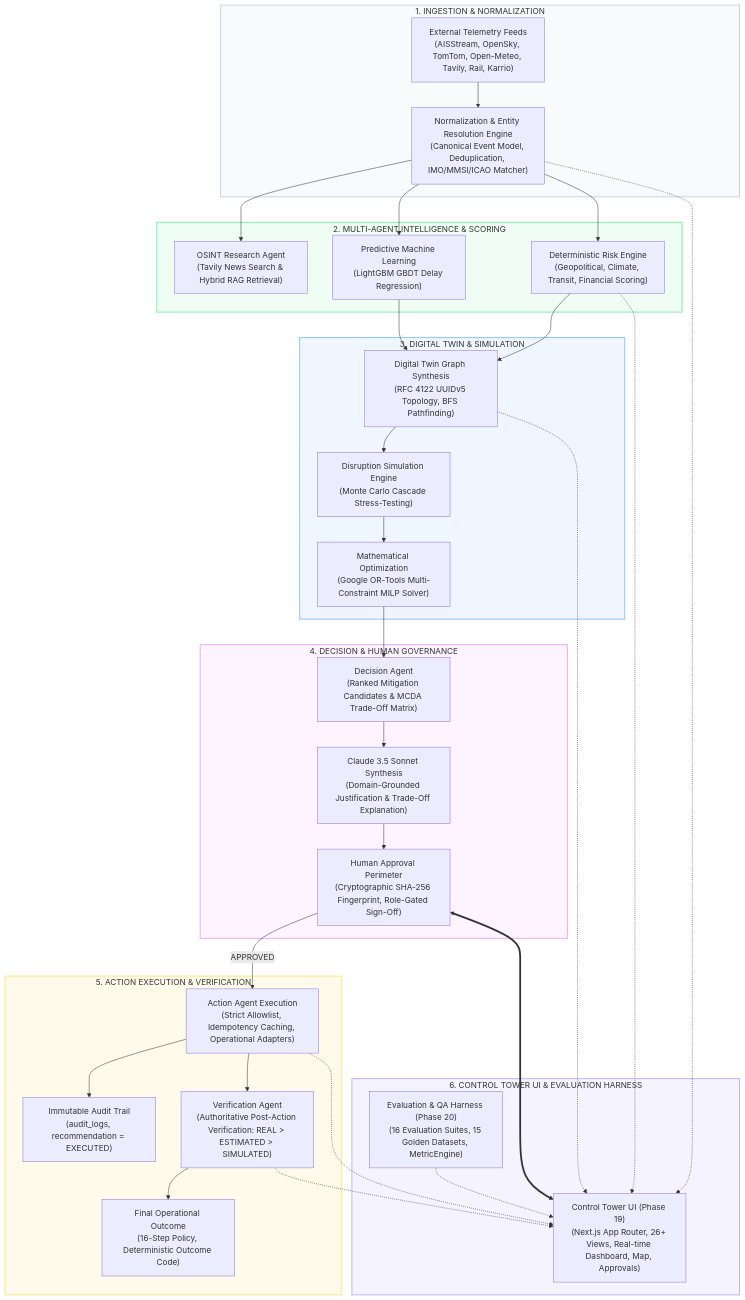
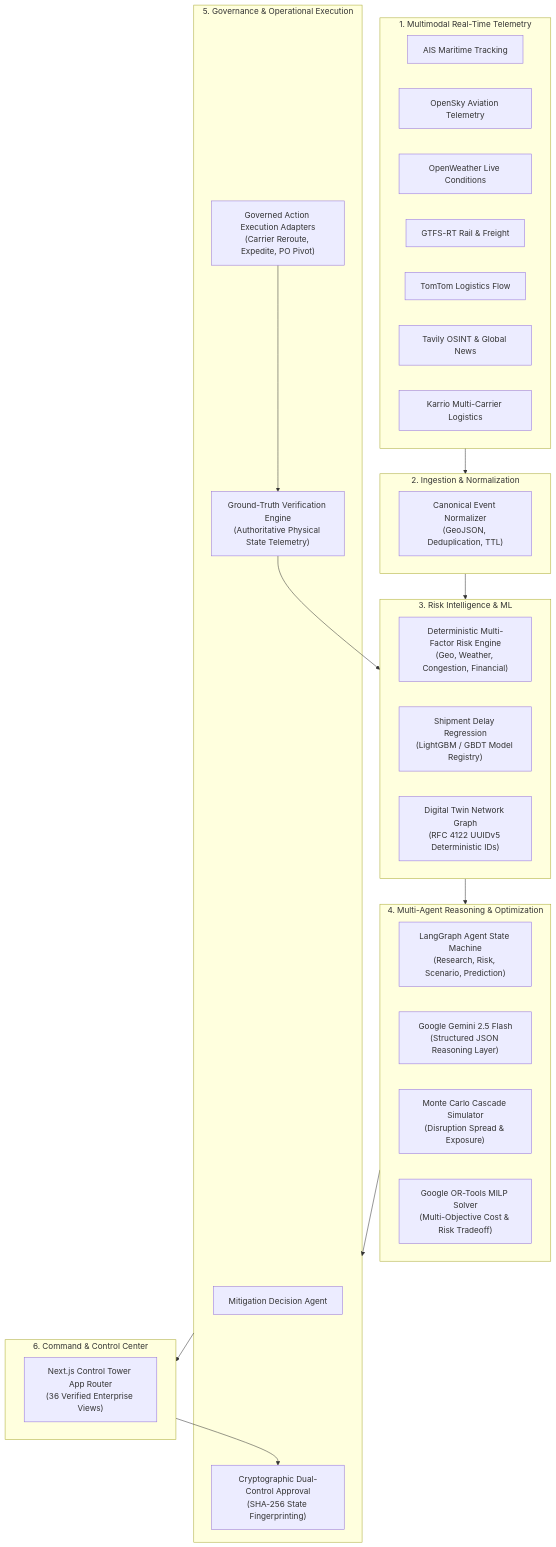
The diagram in README.md (Suguda-Thakur-Marndi/ChainSentinel), drawn with Mermaid before and after one commit. The commit also changed other lines of this file and 9 other files, not shown here.

Commit message:
docs: add comprehensive post-pilot evaluation reports, release decision documentation, and test files

````diff
--- a/README.md
+++ b/README.md
@@ -99,66 +55,49 @@
 ```mermaid
 flowchart TD
-    subgraph S1["1. INGESTION & NORMALIZATION"]
-        EXT["External Telemetry Feeds<br/>(AISStream, OpenSky, TomTom, Open-Meteo, Tavily, Rail, Karrio)"]
-        NORM["Normalization & Entity Resolution Engine<br/>(Canonical Event Model, Deduplication, IMO/MMSI/ICAO Matcher)"]
-        EXT --> NORM
+    subgraph Feeds["1. Multimodal Real-Time Telemetry"]
+        AIS["AIS Maritime Tracking"]
+        ADS["OpenSky Aviation Telemetry"]
+        WX["OpenWeather Live Conditions"]
+        RAIL["GTFS-RT Rail & Freight"]
+        TRAF["TomTom Logistics Flow"]
+        NEWS["Tavily OSINT & Global News"]
+        CARR["Karrio Multi-Carrier Logistics"]
     end
 
-    subgraph S2["2. MULTI-AGENT INTELLIGENCE & SCORING"]
-        RES["OSINT Research Agent<br/>(Tavily News Search & Hybrid RAG Retrieval)"]
-        RISK["Deterministic Risk Engine<br/>(Geopolitical, Climate, Transit, Financial Scoring)"]
-        ML["Predictive Machine Learning<br/>(LightGBM GBDT Delay Regression)"]
-        NORM --> RES
-        NORM --> RISK
-        NORM --> ML
+    subgraph Processing["2. Ingestion & Normalization"]
+        NORM["Canonical Event Normalizer\n(GeoJSON, Deduplication, TTL)"]
     end
 
-    subgraph S3["3. DIGITAL TWIN & SIMULATION"]
-        TWIN["Digital Twin Graph Synthesis<br/>(RFC 4122 UUIDv5 Topology, BFS Pathfinding)"]
-        SIM["Disruption Simulation Engine<br/>(Monte Carlo Cascade Stress-Testing)"]
-        OPT["Mathematical Optimization<br/>(Google OR-Tools Multi-Constraint MILP Solver)"]
-        RISK --> TWIN
-        ML --> TWIN
-        TWIN --> SIM
-        SIM --> OPT
+    subgraph Intelligence["3. Risk Intelligence & ML"]
+        RISK["Deterministic Multi-Factor Risk Engine\n(Geo, Weather, Congestion, Financial)"]
+        ML["Shipment Delay Regression\n(LightGBM / GBDT Model Registry)"]
+        TWIN["Digital Twin Network Graph\n(RFC 4122 UUIDv5 Deterministic IDs)"]
     end
 
-    subgraph S4["4. DECISION & HUMAN GOVERNANCE"]
-        DEC["Decision Agent<br/>(Ranked Mitigation Candidates & MCDA Trade-Off Matrix)"]
-        CLAUDE["Claude 3.5 Sonnet Synthesis<br/>(Domain-Grounded Justification & Trade-Off Explanation)"]
-        APPR["Human Approval Perimeter<br/>(Cryptographic SHA-256 Fingerprint, Role-Gated Sign-Off)"]
-        OPT --> DEC
-        DEC --> CLAUDE
-        CLAUDE --> APPR
+    subgraph Agents["4. Multi-Agent Reasoning & Optimization"]
+        LG["LangGraph Agent State Machine\n(Research, Risk, Scenario, Prediction)"]
+        GEMINI["Google Gemini 2.5 Flash\n(Structured JSON Reasoning Layer)"]
+        SIM["Monte Carlo Cascade Simulator\n(Disruption Spread & Exposure)"]
+        OPT["Google OR-Tools MILP Solver\n(Multi-Objective Cost & Risk Tradeoff)"]
     end
 
-    subgraph S5["5. ACTION EXECUTION & VERIFICATION"]
-        ACT["Action Agent Execution<br/>(Strict Allowlist, Idempotency Caching, Operational Adapters)"]
-        AUDIT["Immutable Audit Trail<br/>(audit_logs, recommendation = EXECUTED)"]
-        VERIF["Verification Agent<br/>(Authoritative Post-Action Verification: REAL > ESTIMATED > SIMULATED)"]
-        OUTCOME["Final Operational Outcome<br/>(16-Step Policy, Deterministic Outcome Code)"]
-        APPR -- "APPROVED" --> ACT
-        ACT --> AUDIT
-        ACT --> VERIF
-        VERIF --> OUTCOME
+    subgraph Governance["5. Governance & Operational Execution"]
+        DEC["Mitigation Decision Agent"]
+        HITL["Cryptographic Dual-Control Approval\n(SHA-256 State Fingerprinting)"]
+        ACT["Governed Action Execution Adapters\n(Carrier Reroute, Expedite, PO Pivot)"]
+        VERIF["Ground-Truth Verification Engine\n(Authoritative Physical State Telemetry)"]
     end
 
-    subgraph S6["6. CONTROL TOWER UI & EVALUATION HARNESS"]
-        UI["Control Tower UI (Phase 19)<br/>(Next.js App Router, 26+ Views, Real-time Dashboard, Map, Approvals)"]
-        EVAL["Evaluation & QA Harness (Phase 20)<br/>(16 Evaluation Suites, 15 Golden Datasets, MetricEngine)"]
-        NORM -.-> UI
-        RISK -.-> UI
-        TWIN -.-> UI
-        APPR <==> UI
-        ACT -.-> UI
-        VERIF -.-> UI
-        EVAL -.-> UI
+    subgraph Command["6. Command & Control Center"]
+        TOWER["Next.js Control Tower App Router\n(36 Verified Enterprise Views)"]
     end
 
-    style S1 fill:#f8fafc,stroke:#cbd5e1,stroke-width:2px
-    style S2 fill:#f0fdf4,stroke:#86efac,stroke-width:2px
-    style S3 fill:#eff6ff,stroke:#93c5fd,stroke-width:2px
-    style S4 fill:#fdf4ff,stroke:#f0abfc,stroke-width:2px
-    style S5 fill:#fffbeb,stroke:#fde68a,stroke-width:2px
-    style S6 fill:#f5f3ff,stroke:#c4b5fd,stroke-width:2px
+    Feeds --> Processing
+    Processing --> Intelligence
+    Intelligence --> Agents
+    Agents --> Governance
+    Governance --> Command
+    Command --> HITL
+    ACT --> VERIF
+    VERIF --> Intelligence
 ```
````
